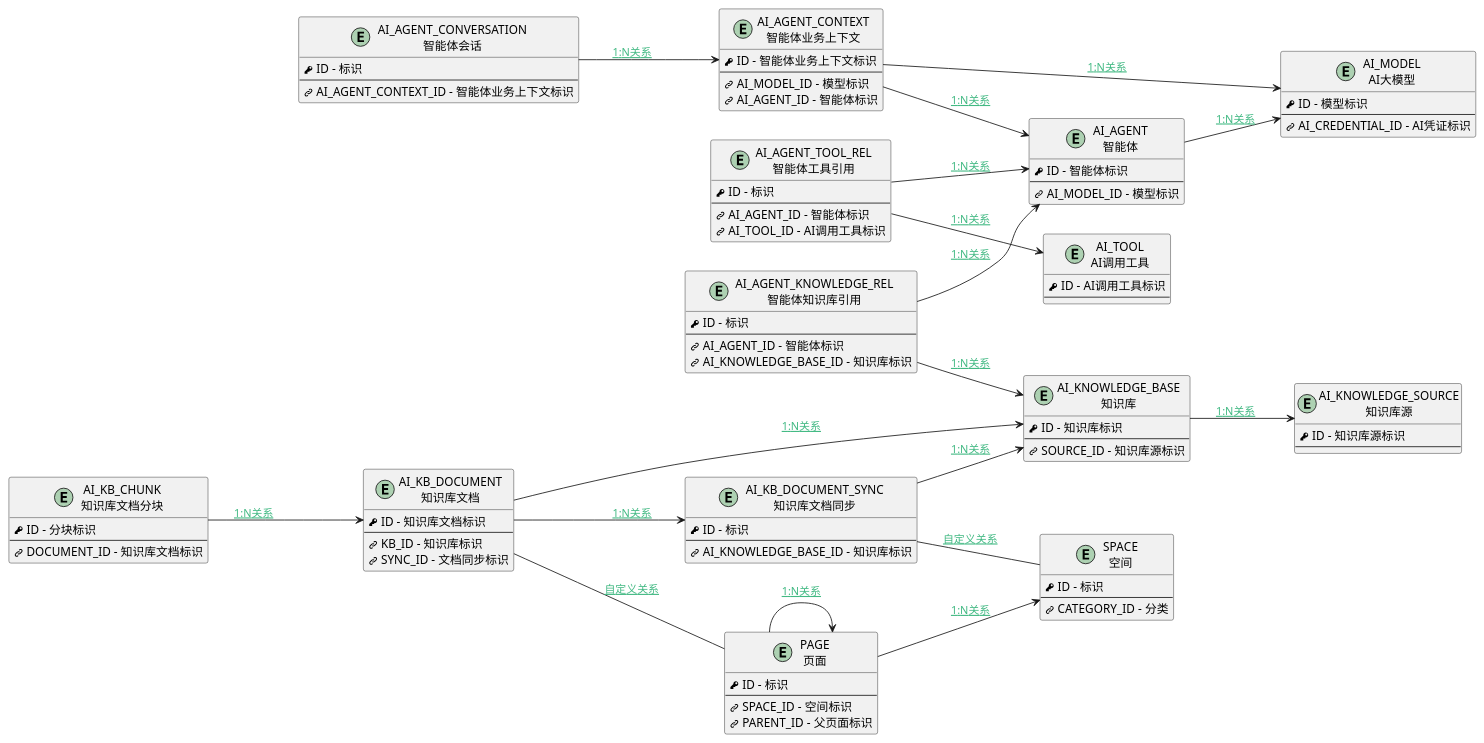
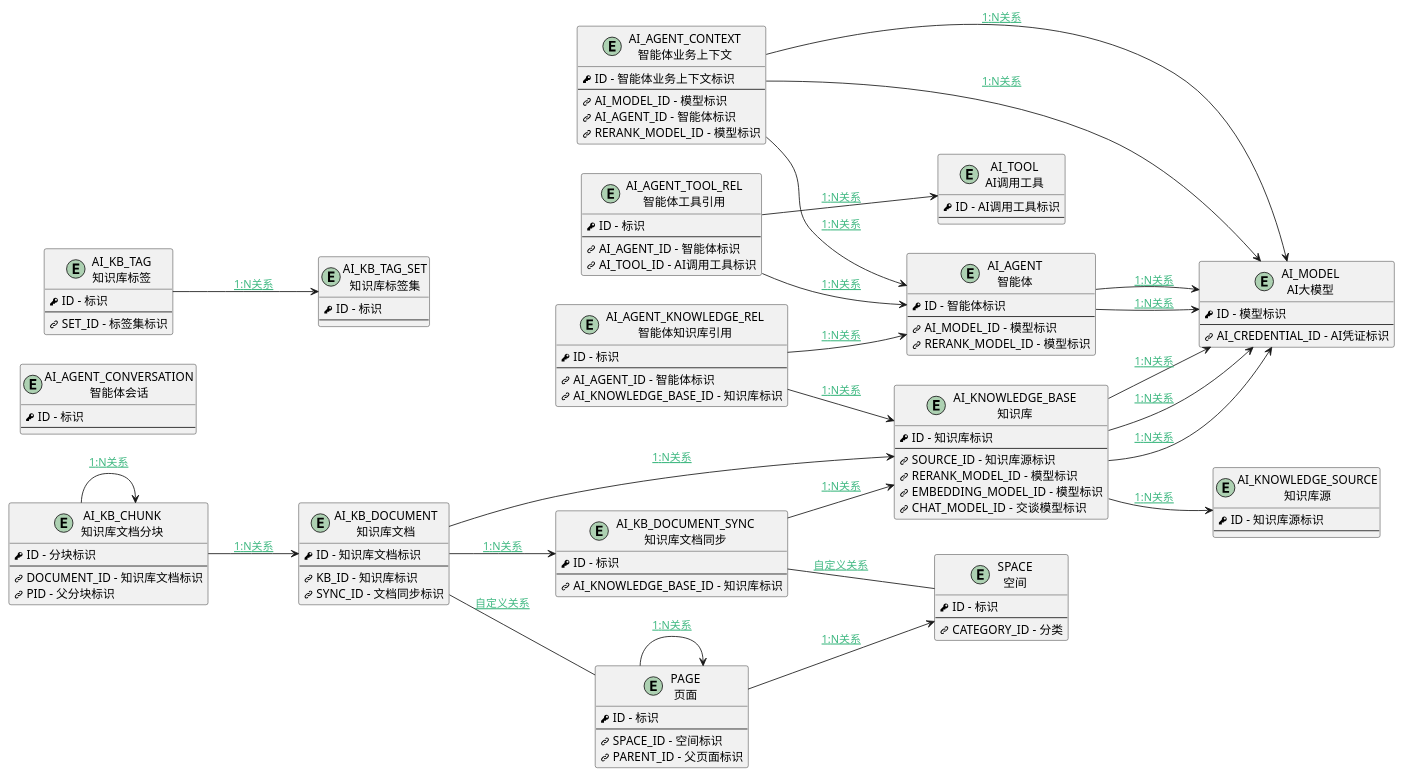
Before and after one commit to iBizLab/plm: the diagram in doc/docsify/er/aimodel.md, drawn with PlantUML. The commit also changed 311 other files, not shown here.

```diff
--- a/doc/docsify/er/aimodel.md
+++ b/doc/docsify/er/aimodel.md
@@ -15,17 +15,18 @@
         <&key> ID - 智能体标识
         --
         <&link-intact> AI_MODEL_ID - 模型标识
+        <&link-intact> RERANK_MODEL_ID - 模型标识
 }
 entity "AI_AGENT_CONTEXT\n智能体业务上下文" as AI_AGENT_CONTEXT [[$../module/ai/ai_agent_context {智能体业务上下文}]] {
         <&key> ID - 智能体业务上下文标识
         --
         <&link-intact> AI_MODEL_ID - 模型标识
         <&link-intact> AI_AGENT_ID - 智能体标识
+        <&link-intact> RERANK_MODEL_ID - 模型标识
 }
 entity "AI_AGENT_CONVERSATION\n智能体会话" as AI_AGENT_CONVERSATION [[$../module/ai/ai_agent_conversation {智能体会话}]] {
         <&key> ID - 标识
         --
-        <&link-intact> AI_AGENT_CONTEXT_ID - 智能体业务上下文标识
 }
 entity "AI_AGENT_KNOWLEDGE_REL\n智能体知识库引用" as AI_AGENT_KNOWLEDGE_REL [[$../module/ai/ai_agent_knowledge_rel {智能体知识库引用}]] {
         <&key> ID - 标识
@@ -43,6 +44,7 @@
         <&key> ID - 分块标识
         --
         <&link-intact> DOCUMENT_ID - 知识库文档标识
+        <&link-intact> PID - 父分块标识
 }
 entity "AI_KB_DOCUMENT\n知识库文档" as AI_KB_DOCUMENT [[$../module/ai/ai_kb_document {知识库文档}]] {
         <&key> ID - 知识库文档标识
@@ -55,10 +57,22 @@
         --
         <&link-intact> AI_KNOWLEDGE_BASE_ID - 知识库标识
 }
+entity "AI_KB_TAG\n知识库标签" as AI_KB_TAG [[$../module/ai/ai_kb_tag {知识库标签}]] {
+        <&key> ID - 标识
+        --
+        <&link-intact> SET_ID - 标签集标识
+}
+entity "AI_KB_TAG_SET\n知识库标签集" as AI_KB_TAG_SET [[$../module/ai/ai_kb_tag_set {知识库标签集}]] {
+        <&key> ID - 标识
+        --
+}
 entity "AI_KNOWLEDGE_BASE\n知识库" as AI_KNOWLEDGE_BASE [[$../module/ai/ai_knowledge_base {知识库}]] {
         <&key> ID - 知识库标识
         --
         <&link-intact> SOURCE_ID - 知识库源标识
+        <&link-intact> RERANK_MODEL_ID - 模型标识
+        <&link-intact> EMBEDDING_MODEL_ID - 模型标识
+        <&link-intact> CHAT_MODEL_ID - 交谈模型标识
 }
 entity "AI_KNOWLEDGE_SOURCE\n知识库源" as AI_KNOWLEDGE_SOURCE [[$../module/ai/ai_knowledge_source {知识库源}]] {
         <&key> ID - 知识库源标识
@@ -88,15 +102,21 @@
 AI_AGENT_CONTEXT--> AI_AGENT : [[$../der/DER1N_AI_AGENT_CONTEXT_AI_AGENT_AI_AGENT_ID{DER1N_AI_AGENT_CONTEXT_AI_AGENT_AI_AGENT_ID} 1:N关系]]
 AI_AGENT_KNOWLEDGE_REL--> AI_AGENT : [[$../der/DER1N_AI_AGENT_KNOWLEDGE_REL_AI_AGENT_AI_AGENT_ID{DER1N_AI_AGENT_KNOWLEDGE_REL_AI_AGENT_AI_AGENT_ID} 1:N关系]]
 AI_AGENT_TOOL_REL--> AI_AGENT : [[$../der/DER1N_AI_AGENT_TOOL_REL_AI_AGENT_AI_AGENT_ID{DER1N_AI_AGENT_TOOL_REL_AI_AGENT_AI_AGENT_ID} 1:N关系]]
-AI_AGENT_CONVERSATION--> AI_AGENT_CONTEXT : [[$../der/DER1N_AI_AGENT_CONVERSATION_AI_AGENT_CONTEXT_AI_AGENT_CONTEXT_ID{DER1N_AI_AGENT_CONVERSATION_AI_AGENT_CONTEXT_AI_AGENT_CONTEXT_ID} 1:N关系]]
+AI_KB_CHUNK--> AI_KB_CHUNK : [[$../der/DER1N_AI_KB_CHUNK_AI_KB_CHUNK_PID{DER1N_AI_KB_CHUNK_AI_KB_CHUNK_PID} 1:N关系]]
 AI_KB_CHUNK--> AI_KB_DOCUMENT : [[$../der/DER1N_AI_KB_CHUNK_AI_KB_DOCUMENT_DOCUMENT_ID{DER1N_AI_KB_CHUNK_AI_KB_DOCUMENT_DOCUMENT_ID} 1:N关系]]
 AI_KB_DOCUMENT--> AI_KB_DOCUMENT_SYNC : [[$../der/DER1N_AI_KB_DOCUMENT_AI_KB_DOCUMENT_SYNC_SYNC_ID{DER1N_AI_KB_DOCUMENT_AI_KB_DOCUMENT_SYNC_SYNC_ID} 1:N关系]]
+AI_KB_TAG--> AI_KB_TAG_SET : [[$../der/DER1N_AI_KB_TAG_AI_KB_TAG_SET_SET_ID{DER1N_AI_KB_TAG_AI_KB_TAG_SET_SET_ID} 1:N关系]]
 AI_AGENT_KNOWLEDGE_REL--> AI_KNOWLEDGE_BASE : [[$../der/DER1N_AI_AGENT_KNOWLEDGE_REL_AI_KNOWLEDGE_BASE_AI_KNOWLEDGE_BASE_ID{DER1N_AI_AGENT_KNOWLEDGE_REL_AI_KNOWLEDGE_BASE_AI_KNOWLEDGE_BASE_ID} 1:N关系]]
 AI_KB_DOCUMENT--> AI_KNOWLEDGE_BASE : [[$../der/DER1N_AI_KB_DOCUMENT_AI_KNOWLEDGE_BASE_KB_ID{DER1N_AI_KB_DOCUMENT_AI_KNOWLEDGE_BASE_KB_ID} 1:N关系]]
 AI_KB_DOCUMENT_SYNC--> AI_KNOWLEDGE_BASE : [[$../der/DER1N_AI_KB_DOCUMENT_SYNC_AI_KNOWLEDGE_BASE_AI_KNOWLEDGE_BASE_ID{DER1N_AI_KB_DOCUMENT_SYNC_AI_KNOWLEDGE_BASE_AI_KNOWLEDGE_BASE_ID} 1:N关系]]
 AI_KNOWLEDGE_BASE--> AI_KNOWLEDGE_SOURCE : [[$../der/DER1N_AI_KNOWLEDGE_BASE_AI_KNOWLEDGE_SOURCE_SOURCE_ID{DER1N_AI_KNOWLEDGE_BASE_AI_KNOWLEDGE_SOURCE_SOURCE_ID} 1:N关系]]
 AI_AGENT--> AI_MODEL : [[$../der/DER1N_AI_AGENT_AI_MODEL_AI_MODEL_ID{DER1N_AI_AGENT_AI_MODEL_AI_MODEL_ID} 1:N关系]]
+AI_AGENT--> AI_MODEL : [[$../der/DER1N_AI_AGENT_AI_MODEL_RERANK_MODEL_ID{DER1N_AI_AGENT_AI_MODEL_RERANK_MODEL_ID} 1:N关系]]
 AI_AGENT_CONTEXT--> AI_MODEL : [[$../der/DER1N_AI_AGENT_CONTEXT_AI_MODEL_AI_MODEL_ID{DER1N_AI_AGENT_CONTEXT_AI_MODEL_AI_MODEL_ID} 1:N关系]]
+AI_AGENT_CONTEXT--> AI_MODEL : [[$../der/DER1N_AI_AGENT_CONTEXT_AI_MODEL_RERANK_MODEL_ID{DER1N_AI_AGENT_CONTEXT_AI_MODEL_RERANK_MODEL_ID} 1:N关系]]
+AI_KNOWLEDGE_BASE--> AI_MODEL : [[$../der/DER1N_AI_KNOWLEDGE_BASE_AI_MODEL_CHAT_MODEL_ID{DER1N_AI_KNOWLEDGE_BASE_AI_MODEL_CHAT_MODEL_ID} 1:N关系]]
+AI_KNOWLEDGE_BASE--> AI_MODEL : [[$../der/DER1N_AI_KNOWLEDGE_BASE_AI_MODEL_EMBEDDING_MODEL_ID{DER1N_AI_KNOWLEDGE_BASE_AI_MODEL_EMBEDDING_MODEL_ID} 1:N关系]]
+AI_KNOWLEDGE_BASE--> AI_MODEL : [[$../der/DER1N_AI_KNOWLEDGE_BASE_AI_MODEL_RERANK_MODEL_ID{DER1N_AI_KNOWLEDGE_BASE_AI_MODEL_RERANK_MODEL_ID} 1:N关系]]
 AI_AGENT_TOOL_REL--> AI_TOOL : [[$../der/DER1N_AI_AGENT_TOOL_REL_AI_TOOL_AI_TOOL_ID{DER1N_AI_AGENT_TOOL_REL_AI_TOOL_AI_TOOL_ID} 1:N关系]]
 PAGE--> PAGE : [[$../der/DER1N_PAGE_PAGE_PARENT_ID{DER1N_PAGE_PAGE_PARENT_ID} 1:N关系]]
 AI_KB_DOCUMENT-- PAGE : [[$../der/DERCUSTOM_AI_KB_DOCUMENT_PAGE{DERCUSTOM_AI_KB_DOCUMENT_PAGE} 自定义关系]]
```
